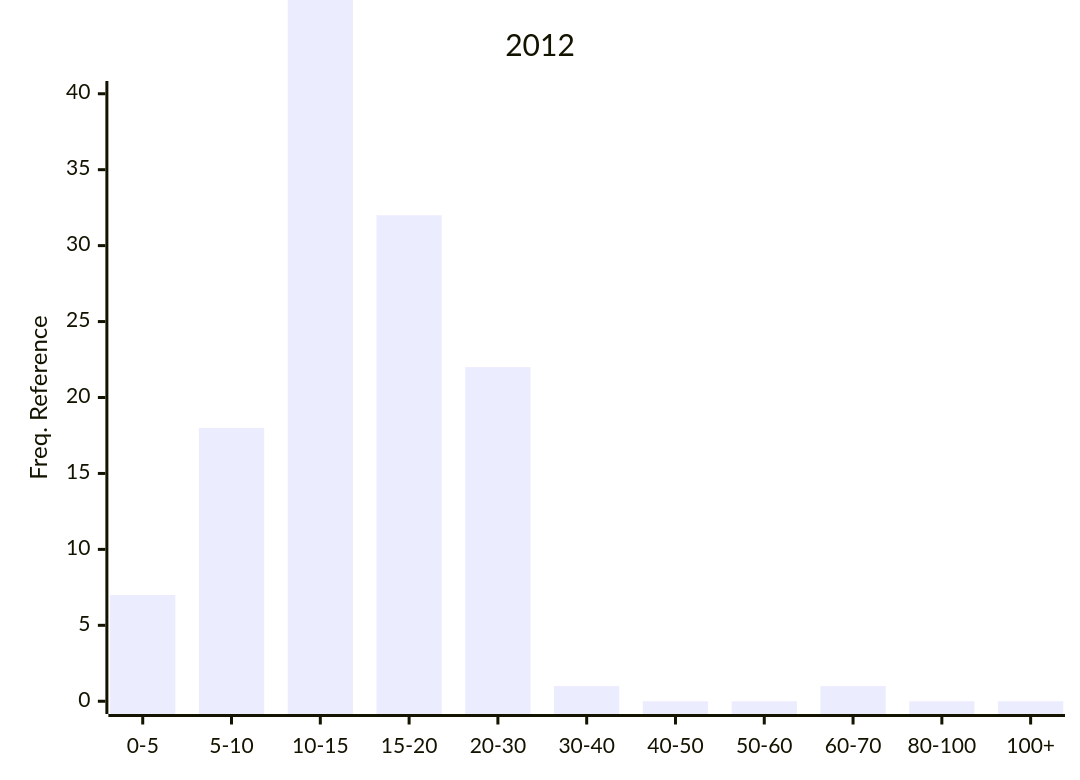
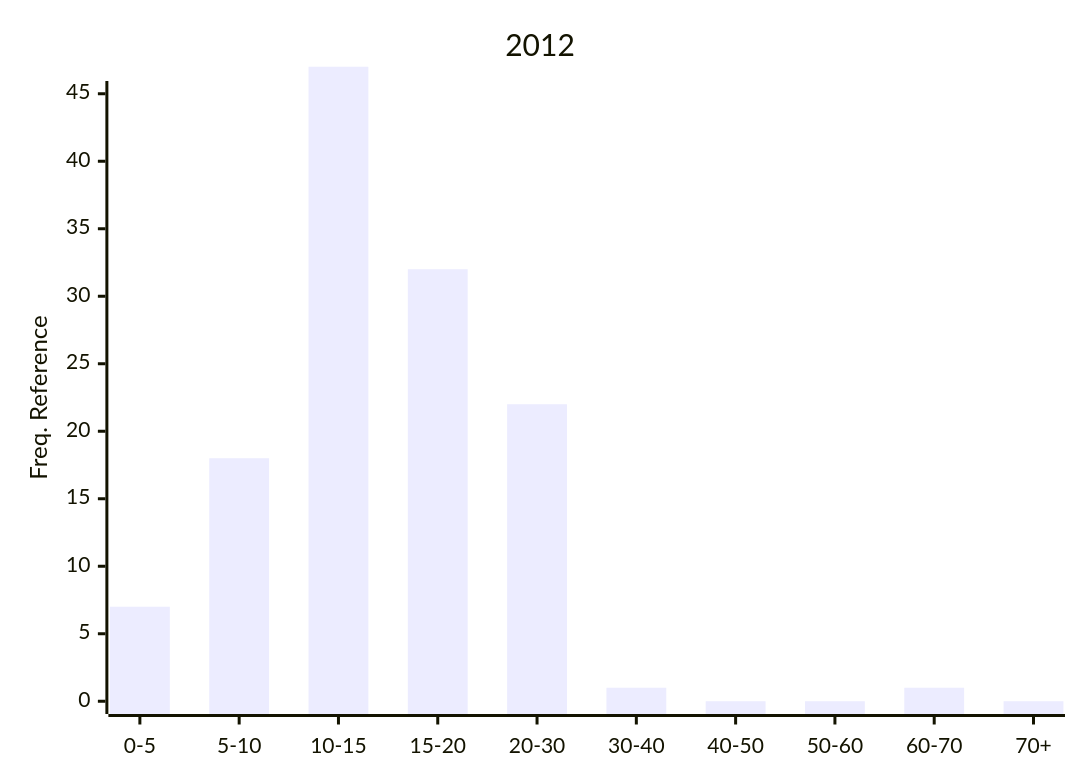
One commit to Nemus-Project/fair-nime-2026 changed diagram 16 of 29 in README.md. Above: the diagram before and after it, drawn with Mermaid. The commit also changed other lines of this file, not shown here.

Commit message:
add freq charts

````diff
--- a/README.md
+++ b/README.md
@@ -574,7 +577,7 @@
 ```mermaid
 xychart-beta
     title "2012"
-    x-axis ["0-5", "5-10", "10-15", "15-20", "20-30", "30-40", "40-50", "50-60", "60-70", "80-100", "100+"]
-    y-axis "Freq. Reference" 0 --> 40
-    bar [7, 18, 47, 32, 22, 1, 0, 0, 1, 0, 0]
+    x-axis ["0-5", "5-10", "10-15", "15-20", "20-30", "30-40", "40-50", "50-60", "60-70", "70+"]
+    y-axis "Freq. Reference" 0 --> 45
+    bar [7, 18, 47, 32, 22, 1, 0, 0, 1, 0]
 ```    
````
